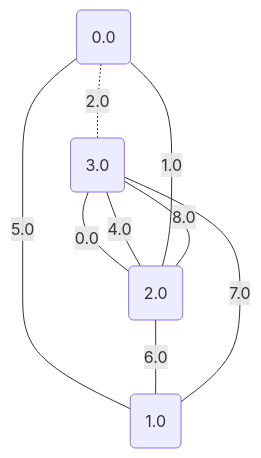
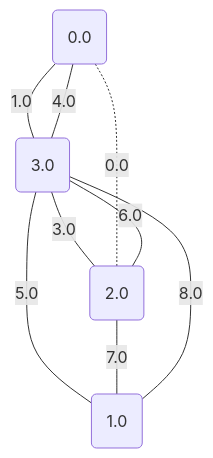
Diagram 14 of 17 in project/src/testing/minCutPetersen.md (metury/graphs), drawn with Mermaid before and after one commit. The commit also changed other lines of this file and 50 other files, not shown here.

````diff
--- a/project/src/testing/minCutPetersen.md
+++ b/project/src/testing/minCutPetersen.md
@@ -356,15 +356,15 @@
 ```mermaid
 graph TD;
 0("0.0");
 1("1.0");
 2("2.0");
 3("3.0");
-	3 -- "0.0" --- 2;
-	2 -- "1.0" --- 0;
-	0 -. "2.0" -.- 3;
-	3 -- "4.0" --- 2;
-	0 -- "5.0" --- 1;
-	2 -- "6.0" --- 1;
-	3 -- "7.0" --- 1;
-	2 -- "8.0" --- 3;
+	2 -. "0.0" -.- 0;
+	0 -- "1.0" --- 3;
+	3 -- "3.0" --- 2;
+	0 -- "4.0" --- 3;
+	3 -- "5.0" --- 1;
+	2 -- "6.0" --- 3;
+	2 -- "7.0" --- 1;
+	3 -- "8.0" --- 1;
 ```
````
